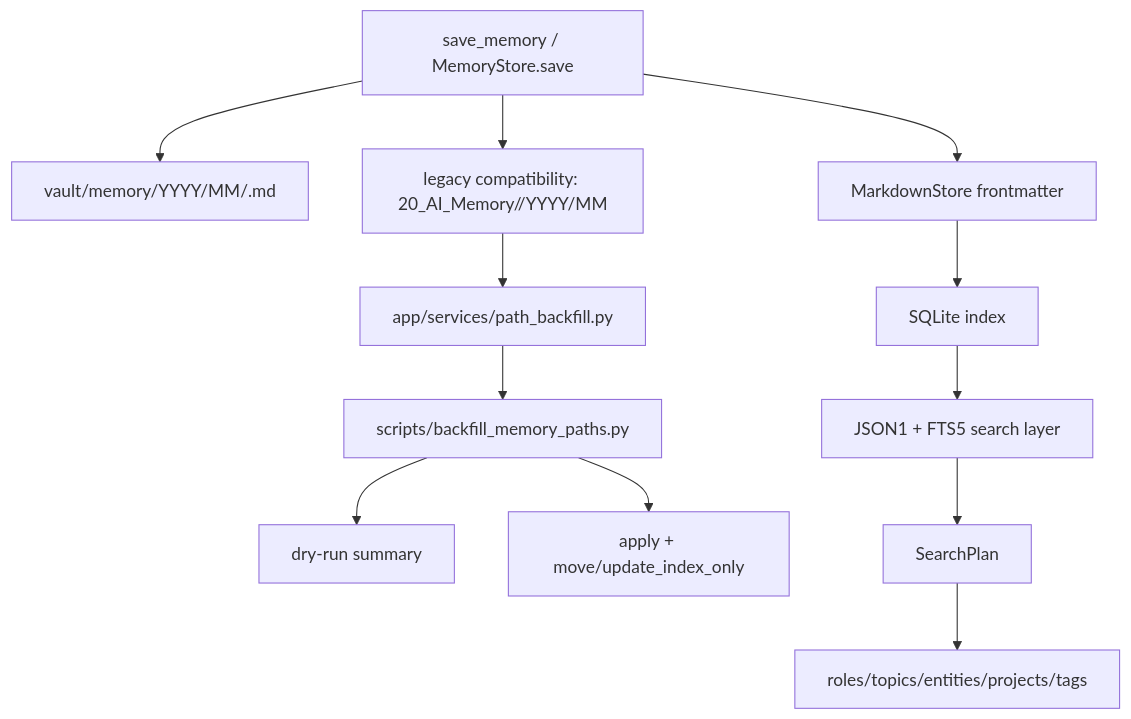
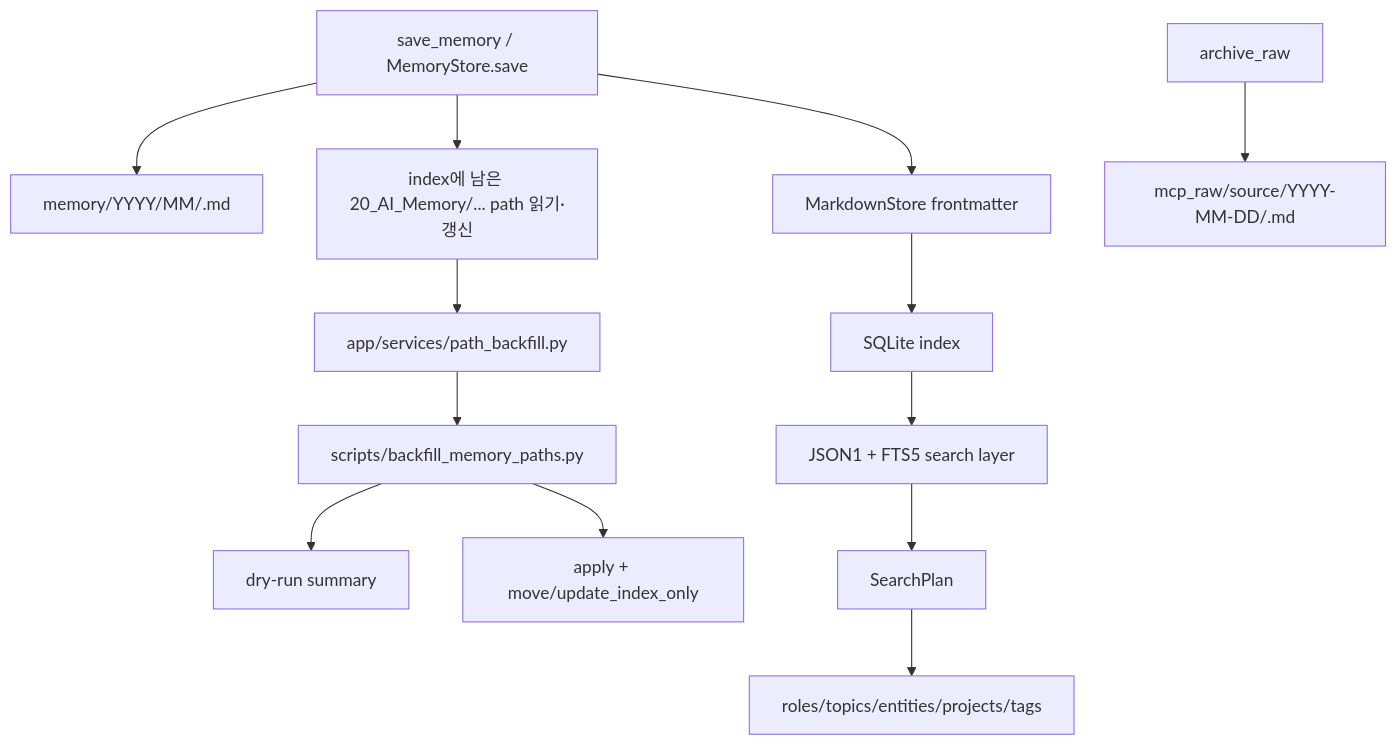
Before and after one commit to macho715/mcp_obsi: the third of 3 diagrams in LAYOUT.md, drawn with Mermaid. The commit also changed other lines of this file and 3 other files, not shown here.

````diff
--- a/LAYOUT.md
+++ b/LAYOUT.md
@@ -211,16 +209,17 @@
 ```mermaid
 flowchart TD
-  Save["save_memory / MemoryStore.save"] --> Current["vault/memory/YYYY/MM/<MEM-...>.md"]
-  Save --> Legacy["legacy compatibility: 20_AI_Memory/<memory_type>/YYYY/MM"]
+  Save["save_memory / MemoryStore.save"] --> Current["memory/YYYY/MM/<MEM-...>.md"]
+  Save --> Legacy["index에 남은 20_AI_Memory/... path 읽기·갱신"]
 
   Legacy --> BackfillSvc["app/services/path_backfill.py"]
   BackfillSvc --> BackfillScript["scripts/backfill_memory_paths.py"]
   BackfillScript --> DryRun["dry-run summary"]
   BackfillScript --> Apply["apply + move/update_index_only"]
 
+  RawTool["archive_raw"] --> RawPath["mcp_raw/source/YYYY-MM-DD/<mcp_id>.md"]
   Save --> Markdown["MarkdownStore frontmatter"]
   Markdown --> Index["SQLite index"]
   Index --> SearchLayer["JSON1 + FTS5 search layer"]
   SearchLayer --> Plan["SearchPlan"]
   Plan --> Filters["roles/topics/entities/projects/tags"]
 ```
````
